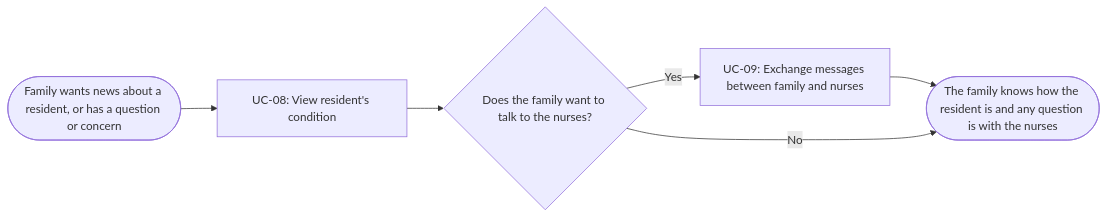
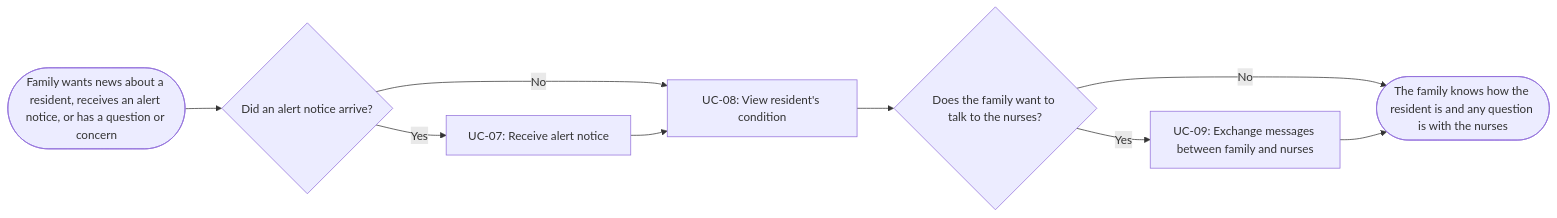
The fifth of 9 diagrams in docs/external-design/usage-flow.md (hatrang191/groupE-nursinghome), drawn with Mermaid before and after one commit. The commit also changed other lines of this file, not shown here.

First line of the commit message:
Revise usage flow and use case details

````diff
--- a/docs/external-design/usage-flow.md
+++ b/docs/external-design/usage-flow.md
@@ -78,8 +78,11 @@
 ```mermaid
 flowchart LR
-  A(["Family wants news about a resident, or has a question or concern"]) --> U8["UC-08: View resident's condition"]
-  U8 --> D{"Does the family want to talk to the nurses?"}
-  D -->|"Yes"| U9["UC-09: Exchange messages between family and nurses"]
-  U9 --> Z(["The family knows how the resident is and any question is with the nurses"])
-  D -->|"No"| Z
+  A(["Family wants news about a resident, receives an alert notice, or has a question or concern"]) --> D1{"Did an alert notice arrive?"}
+  D1 -->|"Yes"| UC07["UC-07: Receive alert notice"]
+  D1 -->|"No"| UC08["UC-08: View resident's condition"]
+  UC07 --> UC08
+  UC08 --> D2{"Does the family want to talk to the nurses?"}
+  D2 -->|"Yes"| UC09["UC-09: Exchange messages between family and nurses"]
+  D2 -->|"No"| Z(["The family knows how the resident is and any question is with the nurses"])
+  UC09 --> Z
 ```
````
